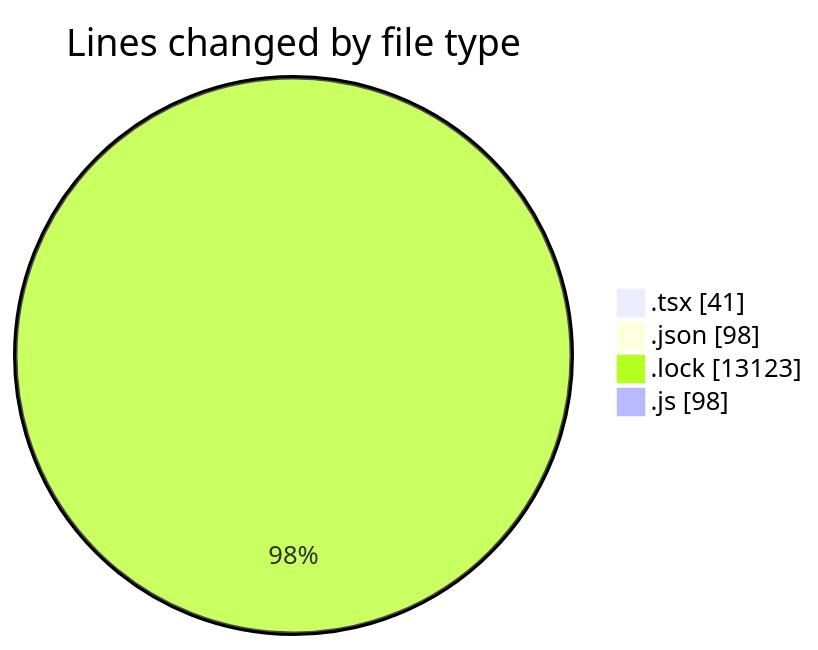
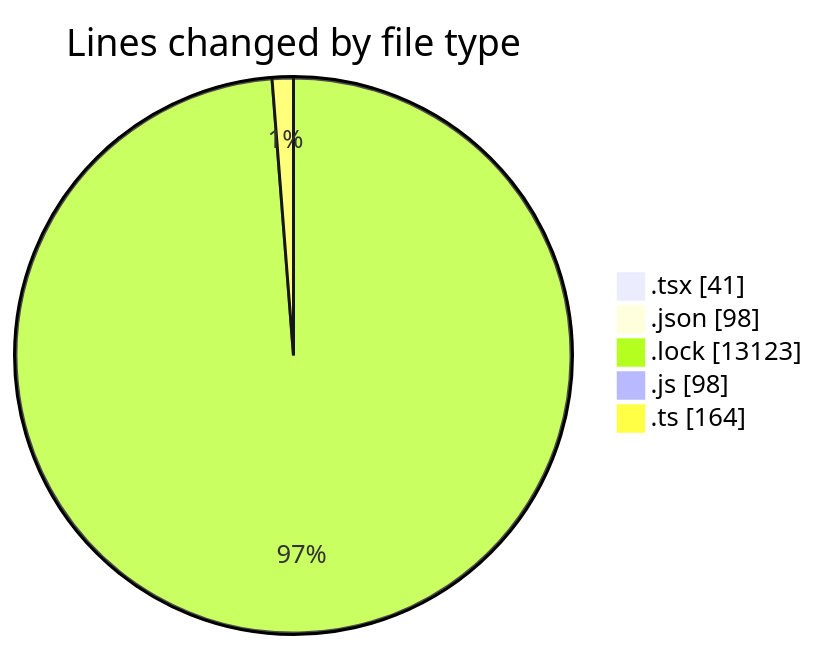
Before and after one commit to momahboobian/code-tracking: the first of 2 diagrams in 2025-09-03/cda/README.md, drawn with Mermaid. The commit also changed other lines of this file and 1 other file, not shown here.

````diff
--- a/2025-09-03/cda/README.md
+++ b/2025-09-03/cda/README.md
@@ -27,8 +28,9 @@
 ```mermaid
 pie showData
 title Lines changed by file type
 ".tsx" : 41
 ".json" : 98
 ".lock" : 13123
 ".js" : 98
+".ts" : 164
 ```
````
